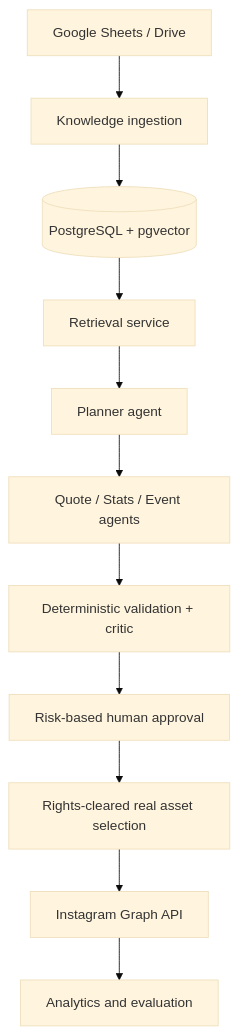
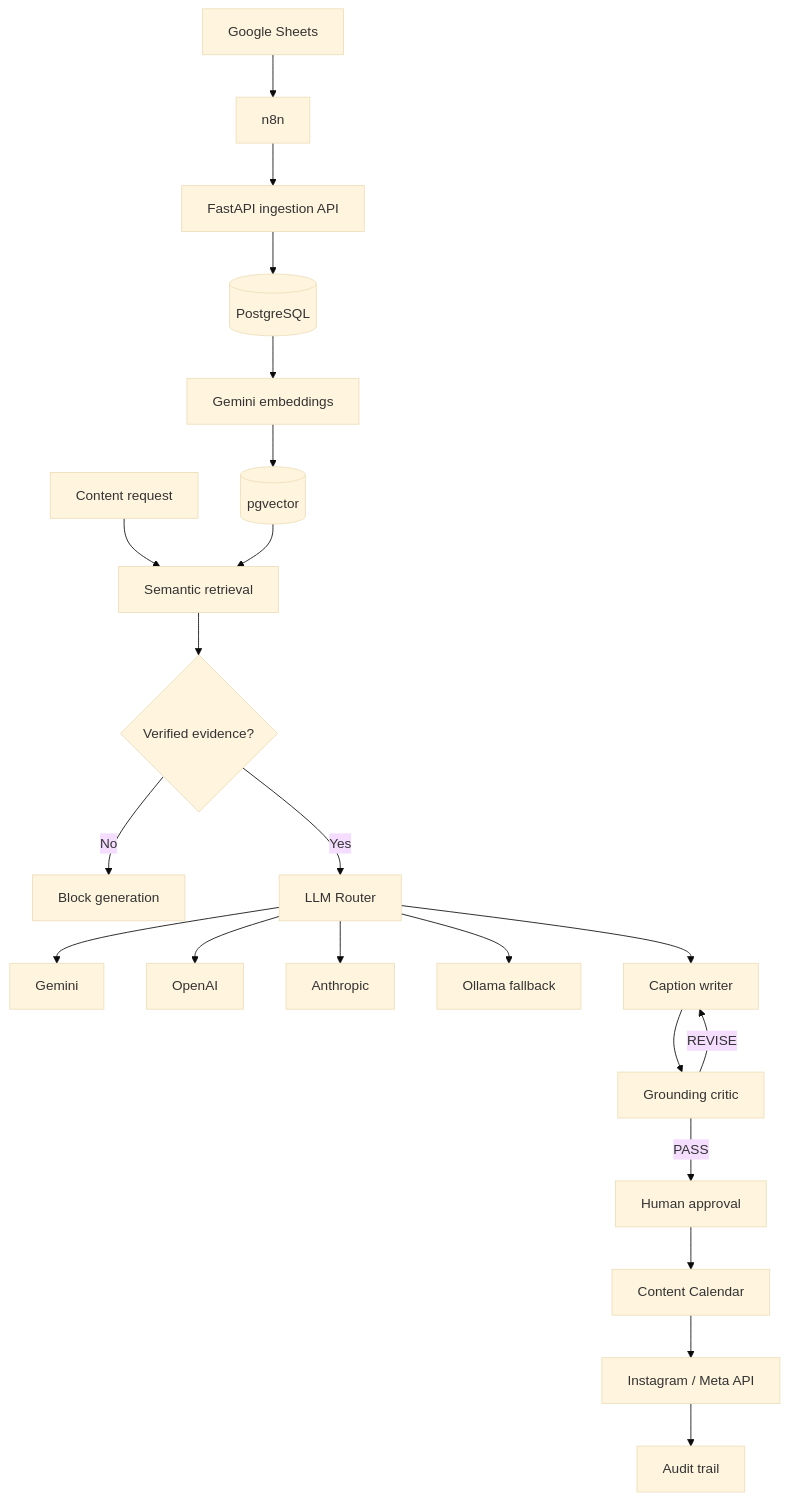
One commit to pavannandivada/dhoni-instagram-agent changed the diagram in README.md. Above: the diagram before and after it, drawn with Mermaid (base theme). The commit also changed other lines of this file, not shown here.

````diff
--- a/README.md
+++ b/README.md
@@ -17,13 +39,32 @@
 ```mermaid
 flowchart TD
-    Sheets[Google Sheets / Drive] --> Ingest[Knowledge ingestion]
-    Ingest --> PG[(PostgreSQL + pgvector)]
-    PG --> Retrieve[Retrieval service]
-    Retrieve --> Plan[Planner agent]
-    Plan --> Specialists[Quote / Stats / Event agents]
-    Specialists --> Validate[Deterministic validation + critic]
-    Validate --> HITL[Risk-based human approval]
-    HITL --> Assets[Rights-cleared real asset selection]
-    Assets --> Meta[Instagram Graph API]
-    Meta --> Learn[Analytics and evaluation]
+    Sheets[Google Sheets] --> N8N[n8n]
+    N8N --> API[FastAPI ingestion API]
+
+    API --> PG[(PostgreSQL)]
+    PG --> Embeddings[Gemini embeddings]
+    Embeddings --> Vector[(pgvector)]
+
+    Request[Content request] --> Retrieve[Semantic retrieval]
+    Vector --> Retrieve
+
+    Retrieve --> Verify{Verified evidence?}
+
+    Verify -->|No| Block[Block generation]
+    Verify -->|Yes| Router[LLM Router]
+
+    Router --> Gemini[Gemini]
+    Router --> OpenAI[OpenAI]
+    Router --> Claude[Anthropic]
+    Router --> Ollama[Ollama fallback]
+
+    Router --> Writer[Caption writer]
+    Writer --> Critic[Grounding critic]
+
+    Critic -->|REVISE| Writer
+    Critic -->|PASS| HITL[Human approval]
+
+    HITL --> Calendar[Content Calendar]
+    Calendar --> Meta[Instagram / Meta API]
+    Meta --> Audit[Audit trail]
 ```
````
